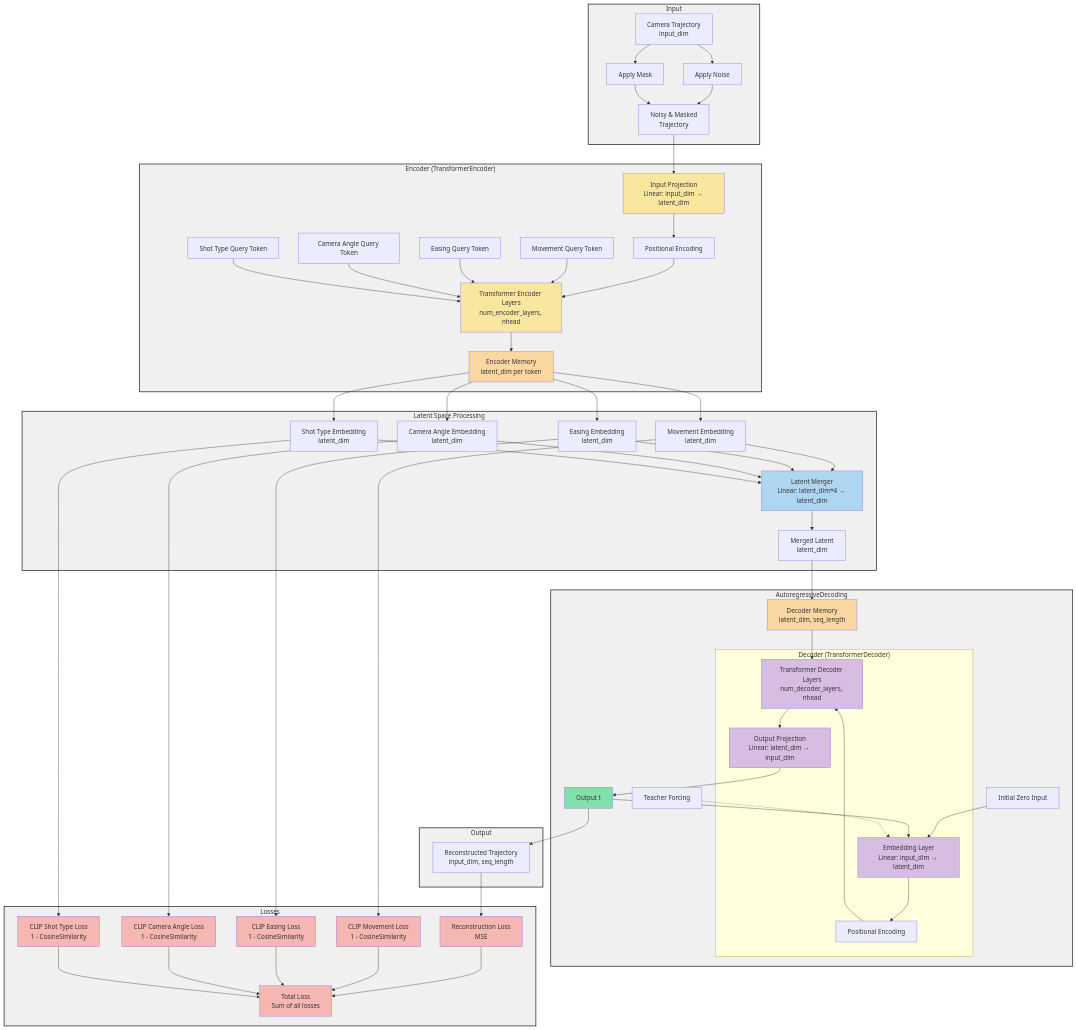
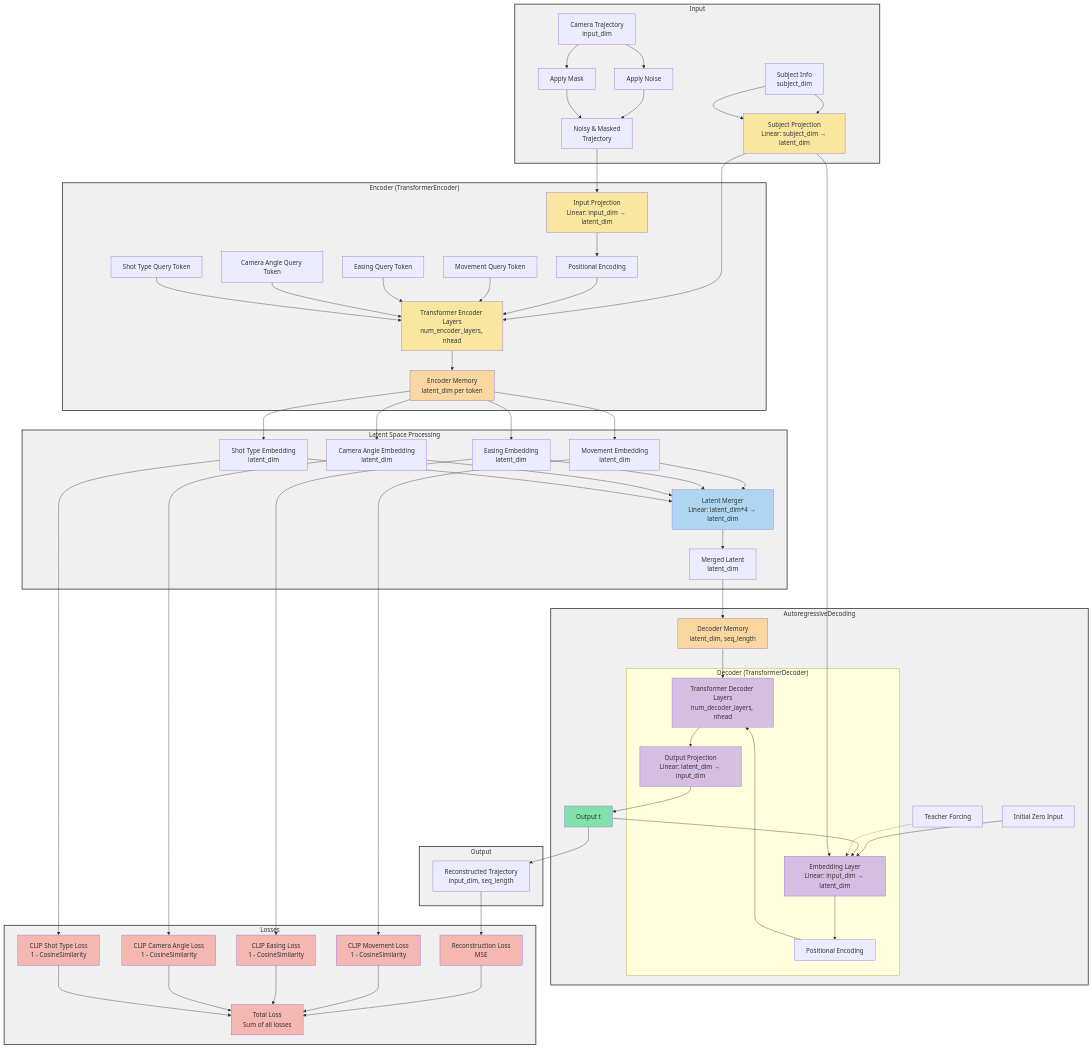
The diagram in multi-task-autoencoder-diagram.mermaid (ZahraDehghanian97/LensCraft), drawn with Mermaid before and after one commit. The commit also changed 1 other file, not shown here.

Commit message:
Refactor graph to include subject info in the multi-task autoencoder diagram

```diff
--- a/multi-task-autoencoder-diagram.mermaid
+++ b/multi-task-autoencoder-diagram.mermaid
@@ -1,91 +1,96 @@
 graph TD
     subgraph Input
         A[Camera Trajectory<br>input_dim] --> B[Apply Noise]
         A --> C[Apply Mask]
         B & C --> D[Noisy & Masked<br>Trajectory]
+        S[Subject Info<br>subject_dim] --> SP[Subject Projection<br>Linear: subject_dim → latent_dim]
     end
 
     subgraph Encoder["Encoder (TransformerEncoder)"]
         E[Input Projection<br>Linear: input_dim → latent_dim]
         F[Positional Encoding]
         G[Transformer Encoder Layers<br>num_encoder_layers, nhead]
         H1[Movement Query Token]
         H2[Easing Query Token]
         H3[Camera Angle Query Token]
         H4[Shot Type Query Token]
         M1[Encoder Memory<br>latent_dim per token]
     end
 
     subgraph LatentSpace["Latent Space Processing"]
         I1[Movement Embedding<br>latent_dim]
         I2[Easing Embedding<br>latent_dim]
         I3[Camera Angle Embedding<br>latent_dim]
         I4[Shot Type Embedding<br>latent_dim]
         J[Latent Merger<br>Linear: latent_dim*4 → latent_dim]
         K[Merged Latent<br>latent_dim]
     end
 
     subgraph AutoregressiveDecoding
         subgraph Decoder["Decoder (TransformerDecoder)"]
             L[Embedding Layer<br>Linear: input_dim → latent_dim]
             M[Positional Encoding]
             N[Transformer Decoder Layers<br>num_decoder_layers, nhead]
             O[Output Projection<br>Linear: latent_dim → input_dim]
         end
         P[Initial Zero Input]
         Q[Teacher Forcing]
         R1[Output t]
         M2[Decoder Memory<br>latent_dim, seq_length]
     end
 
     subgraph Output
         R[Reconstructed Trajectory<br>input_dim, seq_length]
     end
 
     subgraph Losses
         S1[Reconstruction Loss<br>MSE]
         S2[CLIP Movement Loss<br>1 - CosineSimilarity]
         S3[CLIP Easing Loss<br>1 - CosineSimilarity]
         S4[CLIP Camera Angle Loss<br>1 - CosineSimilarity]
         S5[CLIP Shot Type Loss<br>1 - CosineSimilarity]
         T[Total Loss<br>Sum of all losses]
     end
 
+    S --> SP
+    SP --> G
     D --> E --> F --> G
     H1 & H2 & H3 & H4 --> G
     G --> M1
     M1 --> I1 & I2 & I3 & I4
     I1 & I2 & I3 & I4 --> J --> K
     K --> M2
     M2 --> N
     P --> L
     L --> M --> N
     N --> O --> R1
     R1 --> L
     Q -.-> L
     R1 --> R
     R --> S1
     I1 --> S2
     I2 --> S3
     I3 --> S4
     I4 --> S5
     S1 & S2 & S3 & S4 & S5 --> T
+    SP --> L
 
     classDef subgraphStyle fill:#f0f0f0,stroke:#333,stroke-width:2px;
     class Input,Encoder,LatentSpace,AutoregressiveDecoding,Output,Losses subgraphStyle;
 
     style E fill:#f9e79f
     style G fill:#f9e79f
     style J fill:#aed6f1
     style L fill:#d7bde2
     style N fill:#d7bde2
     style O fill:#d7bde2
     style M1 fill:#fad7a0
     style M2 fill:#fad7a0
     style R1 fill:#82e0aa
     style S1 fill:#f5b7b1
     style S2 fill:#f5b7b1
     style S3 fill:#f5b7b1
     style S4 fill:#f5b7b1
     style S5 fill:#f5b7b1
     style T fill:#f5b7b1
+    style SP fill:#f9e79f
```
